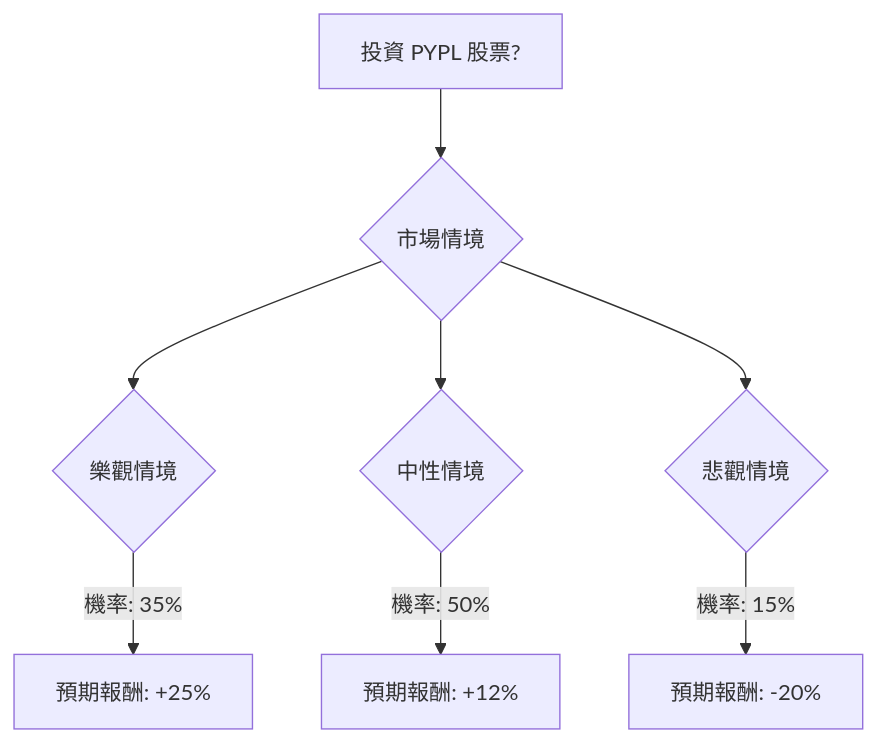
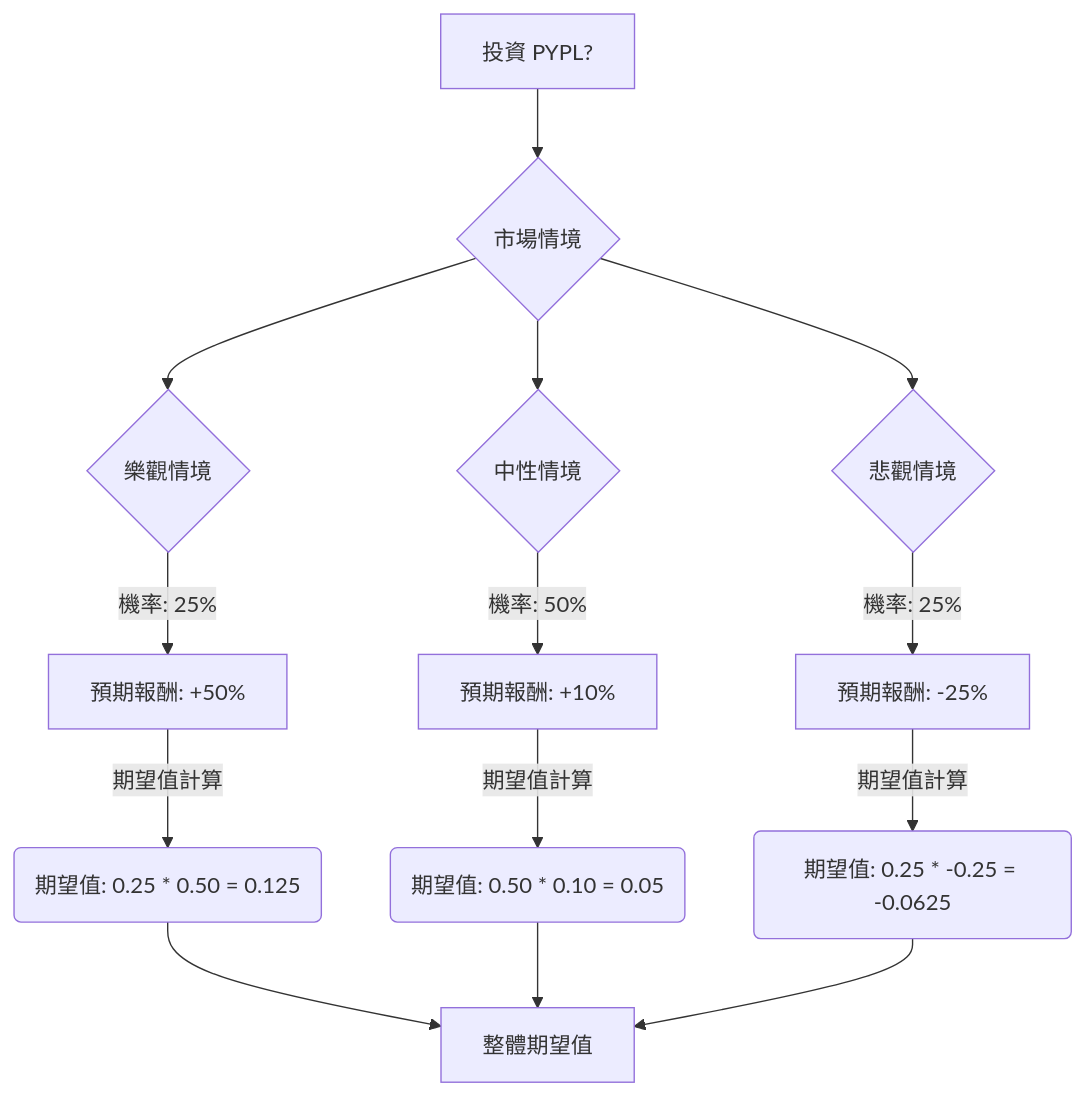
Before and after one commit to zmcx16/zmcx16.github.io: the diagram in plugin-react/ai-analysis/ev-analysis/PYPL.md, drawn with Mermaid. The commit also changed other lines of this file and 79 other files, not shown here.

````diff
--- a/plugin-react/ai-analysis/ev-analysis/PYPL.md
+++ b/plugin-react/ai-analysis/ev-analysis/PYPL.md
@@ -25,13 +36,18 @@
 ```mermaid
 graph TD
-    A[投資 PYPL 股票?] --> B{市場情境};
+    A[投資 PYPL?] --> B{市場情境}
 
-    B --> C{樂觀情境};
-    C -- 機率: 35% --> C1[預期報酬: +25%];
+    B --> C{樂觀情境}
+    C -- 機率: 25% --> C1[預期報酬: +50%]
+    C1 -- 期望值計算 --> C_EV(期望值: 0.25 * 0.50 = 0.125)
 
-    B --> D{中性情境};
-    D -- 機率: 50% --> D1[預期報酬: +12%];
+    B --> D{中性情境}
+    D -- 機率: 50% --> D1[預期報酬: +10%]
+    D1 -- 期望值計算 --> D_EV(期望值: 0.50 * 0.10 = 0.05)
 
-    B --> E{悲觀情境};
-    E -- 機率: 15% --> E1[預期報酬: -20%];
+    B --> E{悲觀情境}
+    E -- 機率: 25% --> E1[預期報酬: -25%]
+    E1 -- 期望值計算 --> E_EV(期望值: 0.25 * -0.25 = -0.0625)
+
+    C_EV & D_EV & E_EV --> F[整體期望值]
 ```
````
